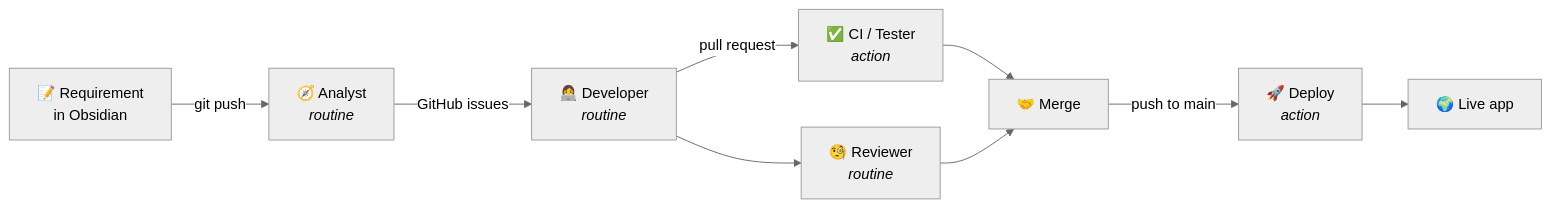
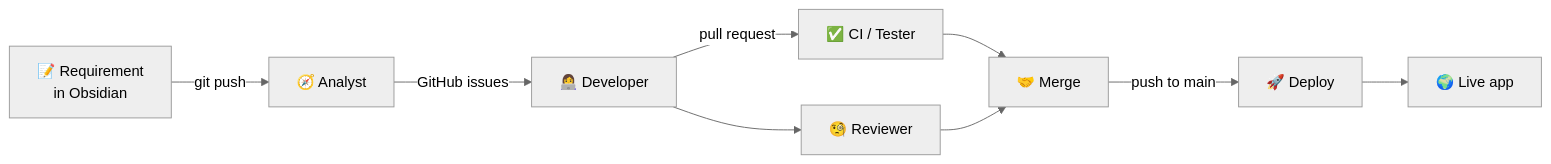
Before and after one commit to markoub/zenith: the diagram in README.md, drawn with Mermaid (neutral theme). The commit also changed other lines of this file and 6 other files, not shown here.

First line of the commit message:
Switch pipeline to event-triggered GitHub Actions; pause scheduled routines

````diff
--- a/README.md
+++ b/README.md
@@ -16,11 +16,11 @@
 ```mermaid
 flowchart LR
-    A["📝 Requirement<br/>in Obsidian"] -->|git push| B["🧭 Analyst<br/><i>routine</i>"]
-    B -->|GitHub issues| C["👩‍💻 Developer<br/><i>routine</i>"]
-    C -->|pull request| D["✅ CI / Tester<br/><i>action</i>"]
-    C --> E["🧐 Reviewer<br/><i>routine</i>"]
+    A["📝 Requirement<br/>in Obsidian"] -->|git push| B["🧭 Analyst"]
+    B -->|GitHub issues| C["👩‍💻 Developer"]
+    C -->|pull request| D["✅ CI / Tester"]
+    C --> E["🧐 Reviewer"]
     D --> F["🤝 Merge"]
     E --> F
-    F -->|push to main| G["🚀 Deploy<br/><i>action</i>"]
+    F -->|push to main| G["🚀 Deploy"]
     G --> H["🌍 Live app"]
 ```
````
